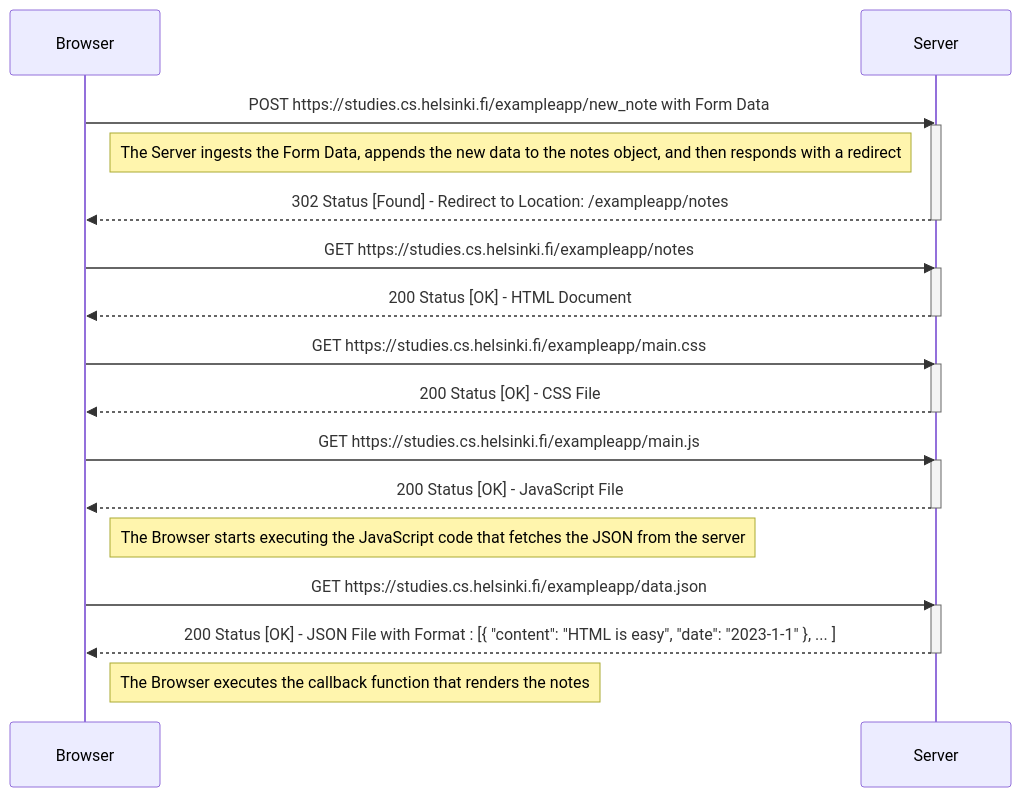
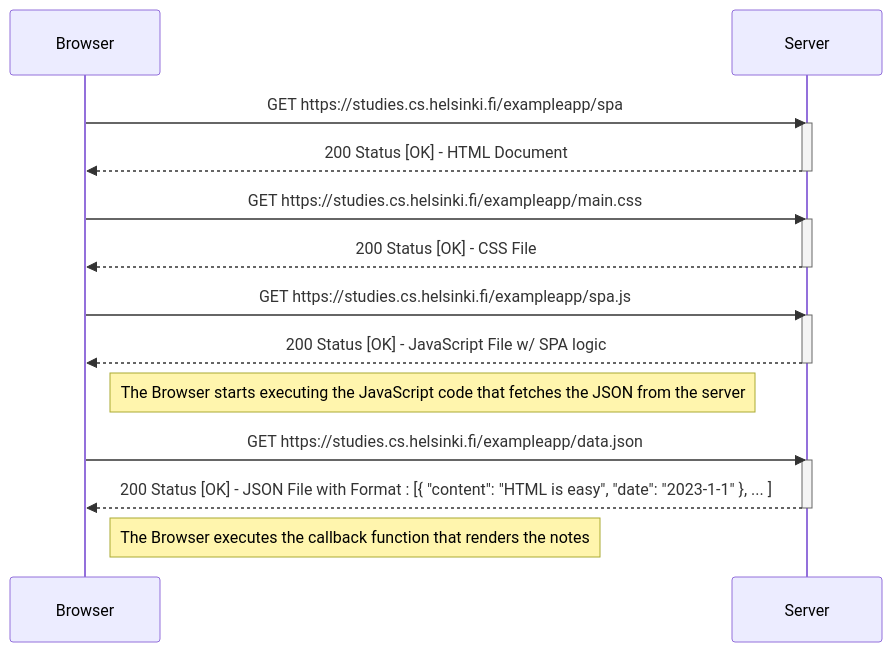
One commit to aspiringVegetarian/fullstackopen changed the diagram in part0/exercise5.md. Above: the diagram before and after it, drawn with Mermaid.

Commit message:
Update exercise5.md
Complete exercise 0.5

````diff
--- a/part0/exercise5.md
+++ b/part0/exercise5.md
@@ -1,35 +1,29 @@
 ```mermaid
 sequenceDiagram
 participant b as Browser
 participant s as Server
 
-b->>s: POST https://studies.cs.helsinki.fi/exampleapp/new_note with Form Data
+b->>s: GET https://studies.cs.helsinki.fi/exampleapp/spa
 activate s
-Note right of b: The Server ingests the Form Data, appends the new data to the notes object, and then responds with a redirect
-s-->>b: 302 Status [Found] - Redirect to Location: /exampleapp/notes
-deactivate s
-
-b->>s: GET https://studies.cs.helsinki.fi/exampleapp/notes
-activate s
-s-->>b: 200 Status [OK] - HTML Document 
+s-->>b: 200 Status [OK] - HTML Document
 deactivate s
 
 b->>s: GET https://studies.cs.helsinki.fi/exampleapp/main.css
 activate s
 s-->>b: 200 Status [OK] - CSS File
 deactivate s
 
-b->>s: GET https://studies.cs.helsinki.fi/exampleapp/main.js
+b->>s: GET https://studies.cs.helsinki.fi/exampleapp/spa.js
 activate s
-s-->>b: 200 Status [OK] - JavaScript File
+s-->>b: 200 Status [OK] - JavaScript File w/ SPA logic
 deactivate s
 
 Note right of b: The Browser starts executing the JavaScript code that fetches the JSON from the server
 
 b->>s: GET https://studies.cs.helsinki.fi/exampleapp/data.json
 activate s
 s-->>b: 200 Status [OK] - JSON File with Format : [{ "content": "HTML is easy", "date": "2023-1-1" }, ... ]
 deactivate s
 
 Note right of b: The Browser executes the callback function that renders the notes
 ```
````
